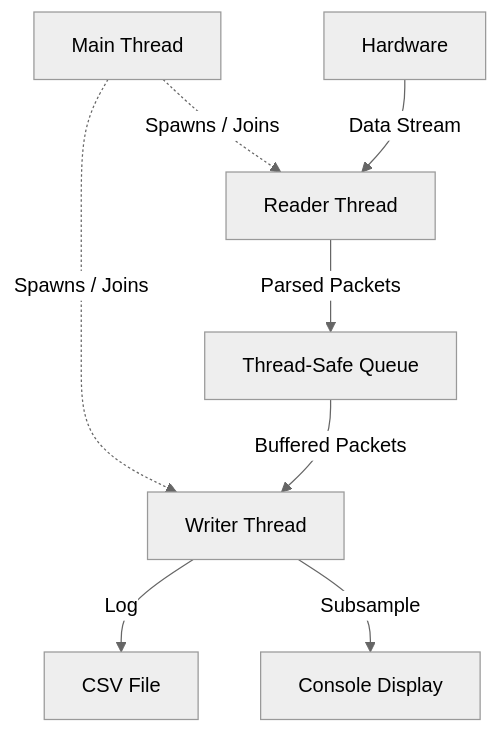
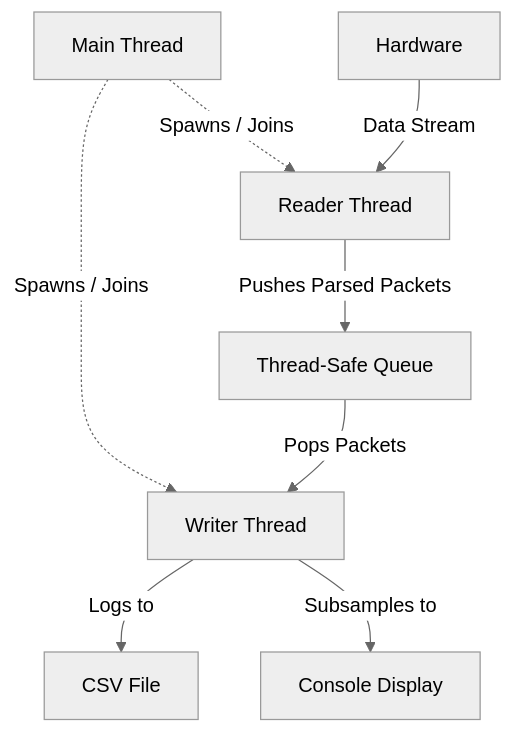
One commit to corey-richardson/spsc-queue changed the diagram in README.md. Above: the diagram before and after it, drawn with Mermaid (neutral theme).

Commit message:
Update README Diagram labels

````diff
--- a/README.md
+++ b/README.md
@@ -30,12 +30,12 @@
 ```mermaid
 flowchart TD
     Main["Main Thread"] -. Spawns / Joins .-> Reader
     Main -. Spawns / Joins .-> Writer
 
     Device["Hardware"] -->|Data Stream| Reader["Reader Thread"]
-    Reader -->|Parsed Packets| Queue["Thread-Safe Queue"]
-    Queue -->|Buffered Packets| Writer["Writer Thread"]
+    Reader -->|Pushes Parsed Packets| Queue["Thread-Safe Queue"]
+    Queue -->|Pops Packets| Writer["Writer Thread"]
 
-    Writer -->|Log| File["CSV File"]
-    Writer -->|Subsample| Console["Console Display"]
+    Writer -->|Logs to| File["CSV File"]
+    Writer -->|Subsamples to| Console["Console Display"]
 ```
````
